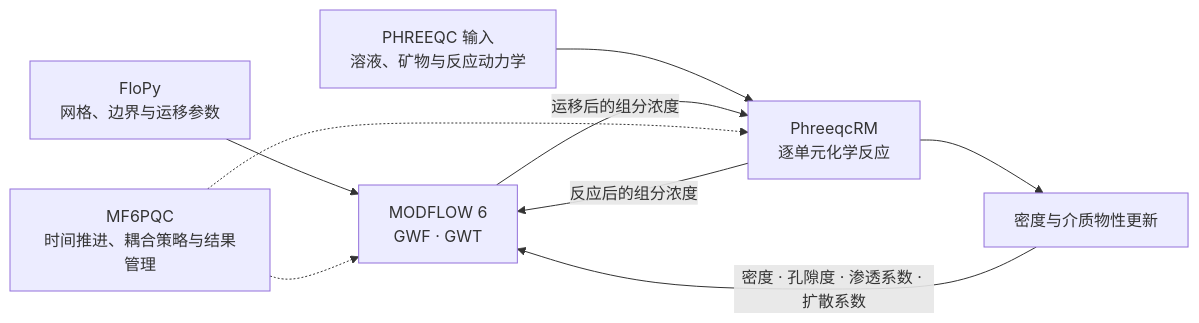
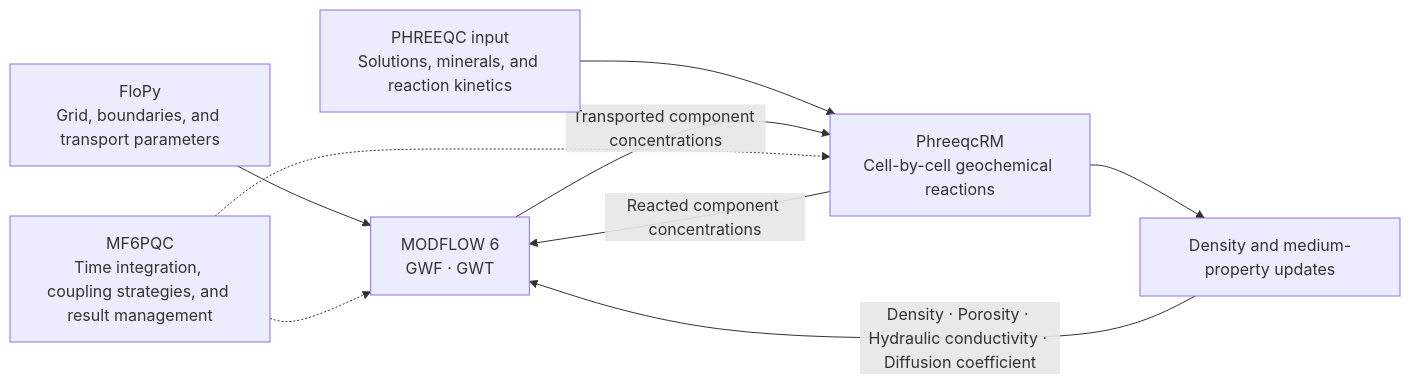
The diagram in README.md (wangzitao21/mf6pqc), drawn with Mermaid before and after one commit. The commit also changed other lines of this file and 1 other file, not shown here.

````diff
--- a/README.md
+++ b/README.md
@@ -44,11 +43,11 @@
-```mermaid
+```mermaid id="mf6pqc-coupling"
 flowchart LR
-    A["FloPy<br/>网格、边界与运移参数"] --> B["MODFLOW 6<br/>GWF · GWT"]
-    C["PHREEQC 输入<br/>溶液、矿物与反应动力学"] --> D["PhreeqcRM<br/>逐单元化学反应"]
-    B -->|运移后的组分浓度| D
-    D -->|反应后的组分浓度| B
-    D --> E["密度与介质物性更新"]
-    E -->|密度 · 孔隙度 · 渗透系数 · 扩散系数| B
-    F["MF6PQC<br/>时间推进、耦合策略与结果管理"] -.-> B
+    A["FloPy<br/>Grid, boundaries, and transport parameters"] --> B["MODFLOW 6<br/>GWF · GWT"]
+    C["PHREEQC input<br/>Solutions, minerals, and reaction kinetics"] --> D["PhreeqcRM<br/>Cell-by-cell geochemical reactions"]
+    B -->|Transported component concentrations| D
+    D -->|Reacted component concentrations| B
+    D --> E["Density and medium-property updates"]
+    E -->|Density · Porosity · Hydraulic conductivity · Diffusion coefficient| B
+    F["MF6PQC<br/>Time integration, coupling strategies, and result management"] -.-> B
     F -.-> D
 ```
````
